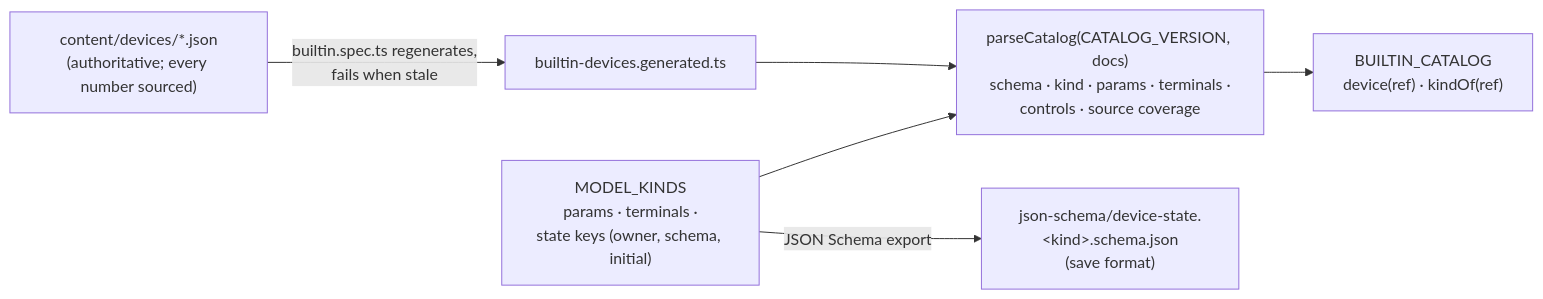
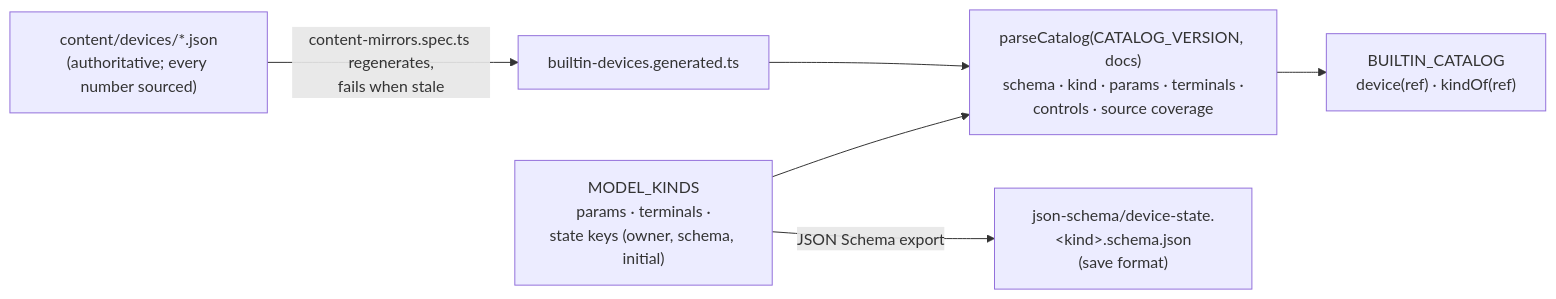
One commit to joebarbere/controls changed the sixth of 11 diagrams in docs/architecture/world-and-saves.md. Above: the diagram before and after it, drawn with Mermaid. The commit also changed 16 other files, not shown here.

````diff
--- a/docs/architecture/world-and-saves.md
+++ b/docs/architecture/world-and-saves.md
@@ -232,8 +232,8 @@
 ```mermaid
 flowchart LR
-    JSON["content/devices/*.json<br/>(authoritative; every number sourced)"] -->|"builtin.spec.ts regenerates,<br/>fails when stale"| GEN["builtin-devices.generated.ts"]
+    JSON["content/devices/*.json<br/>(authoritative; every number sourced)"] -->|"content-mirrors.spec.ts regenerates,<br/>fails when stale"| GEN["builtin-devices.generated.ts"]
     GEN --> PARSE["parseCatalog(CATALOG_VERSION, docs)<br/>schema · kind · params · terminals ·<br/>controls · source coverage"]
     KINDS["MODEL_KINDS<br/>params · terminals ·<br/>state keys (owner, schema, initial)"] --> PARSE
     PARSE --> CAT["BUILTIN_CATALOG<br/>device(ref) · kindOf(ref)"]
     KINDS -->|"JSON Schema export"| DS["json-schema/device-state.&lt;kind&gt;.schema.json<br/>(save format)"]
 ```
````
